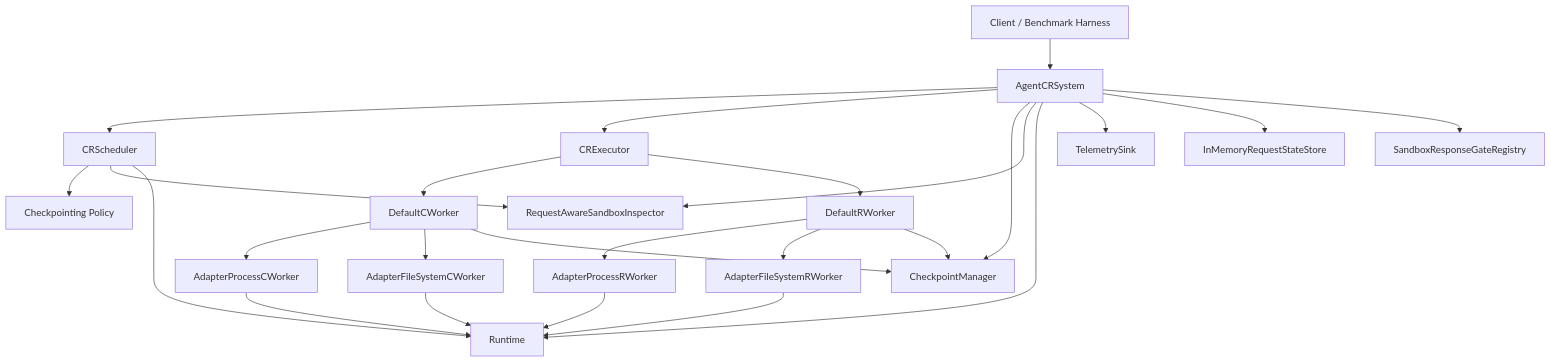
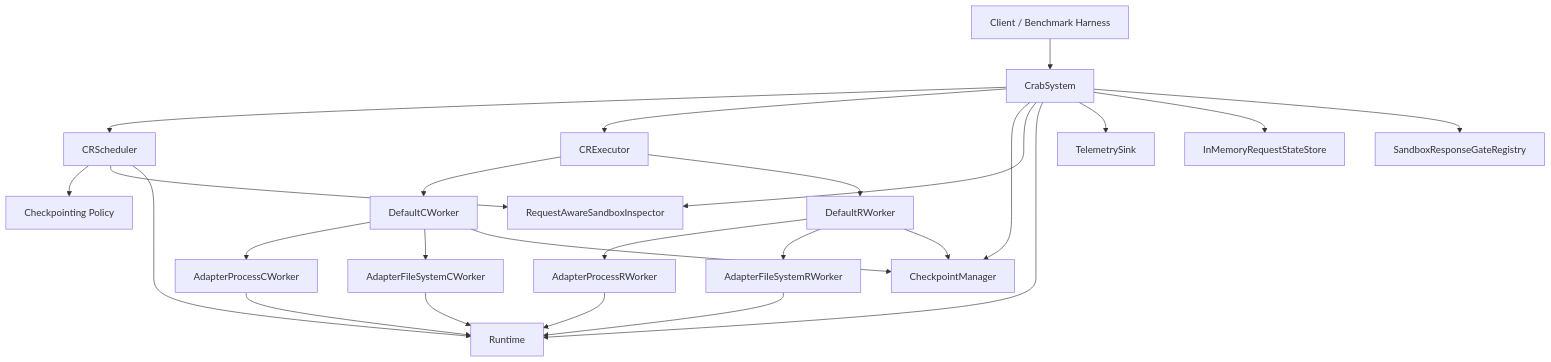
One commit to ChaokunChang/crab changed the diagram in docs/architecture.md. Above: the diagram before and after it, drawn with Mermaid. The commit also changed other lines of this file and 349 other files, not shown here.

Commit message:
Rename Agent-CR to Crab

````diff
--- a/docs/architecture.md
+++ b/docs/architecture.md
@@ -7,33 +7,33 @@
 ```mermaid
 flowchart TD
-    Client[Client / Benchmark Harness] --> System[AgentCRSystem]
+    Client[Client / Benchmark Harness] --> System[CrabSystem]
 
     System --> Scheduler[CRScheduler]
     System --> Executor[CRExecutor]
     System --> Storage[CheckpointManager]
     System --> Inspector[RequestAwareSandboxInspector]
     System --> Runtime[Runtime]
     System --> Telemetry[TelemetrySink]
     System --> RequestStore[InMemoryRequestStateStore]
     System --> ResponseGate[SandboxResponseGateRegistry]
 
     Scheduler --> Policy[Checkpointing Policy]
     Scheduler --> Inspector
     Scheduler --> Runtime
 
     Executor --> CWorker[DefaultCWorker]
     Executor --> RWorker[DefaultRWorker]
 
     CWorker --> ProcessC[AdapterProcessCWorker]
     CWorker --> FsC[AdapterFileSystemCWorker]
     CWorker --> Storage
 
     RWorker --> ProcessR[AdapterProcessRWorker]
     RWorker --> FsR[AdapterFileSystemRWorker]
     RWorker --> Storage
 
     ProcessC --> Runtime
     FsC --> Runtime
     ProcessR --> Runtime
     FsR --> Runtime
 ```
````
